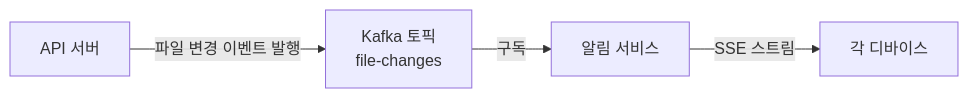
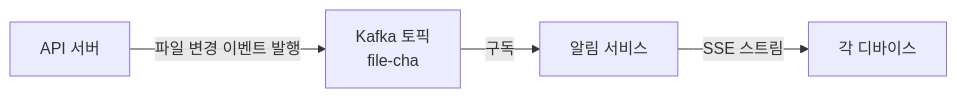
One commit to yjkim2015/yjkim2015.github.io changed the sixth of 8 diagrams in _posts/systemdesign/2026-05-03-system-design-file-storage.md. Above: the diagram before and after it, drawn with Mermaid. The commit also changed other lines of this file and 271 other files, not shown here.

First line of the commit message:
Mermaid 라벨 축소: 긴 노드 텍스트 18자 이하로 트림 + \n 제거

````diff
--- a/_posts/systemdesign/2026-05-03-system-design-file-storage.md
+++ b/_posts/systemdesign/2026-05-03-system-design-file-storage.md
@@ -438,10 +438,10 @@
 ```mermaid
 graph LR
     API["API 서버"]
-    KAFKA["Kafka 토픽\nfile-changes"]
+    KAFKA["Kafka 토픽\nfile-cha"]
     NOTIF["알림 서비스"]
     CLIENT["각 디바이스"]
     API -->|"파일 변경 이벤트 발행"| KAFKA
     KAFKA -->|"구독"| NOTIF
     NOTIF -->|"SSE 스트림"| CLIENT
 ```
````
